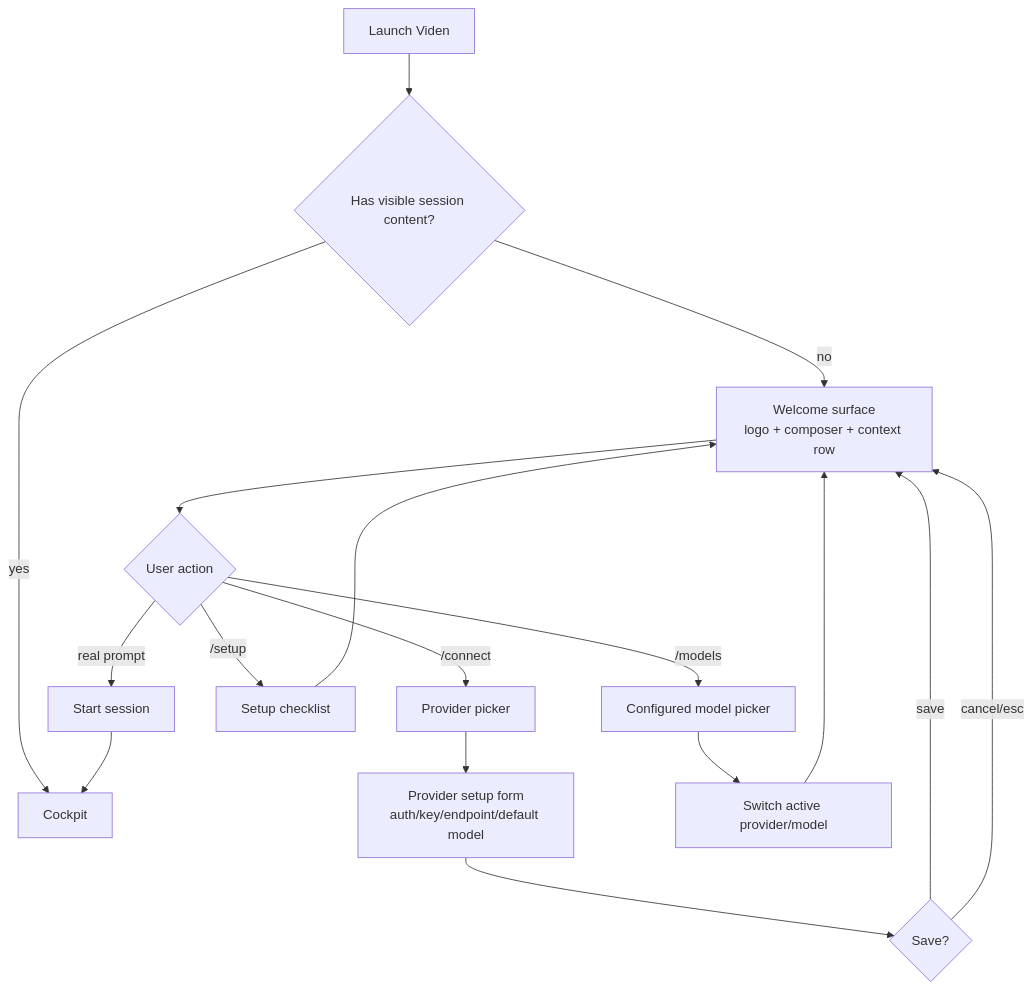
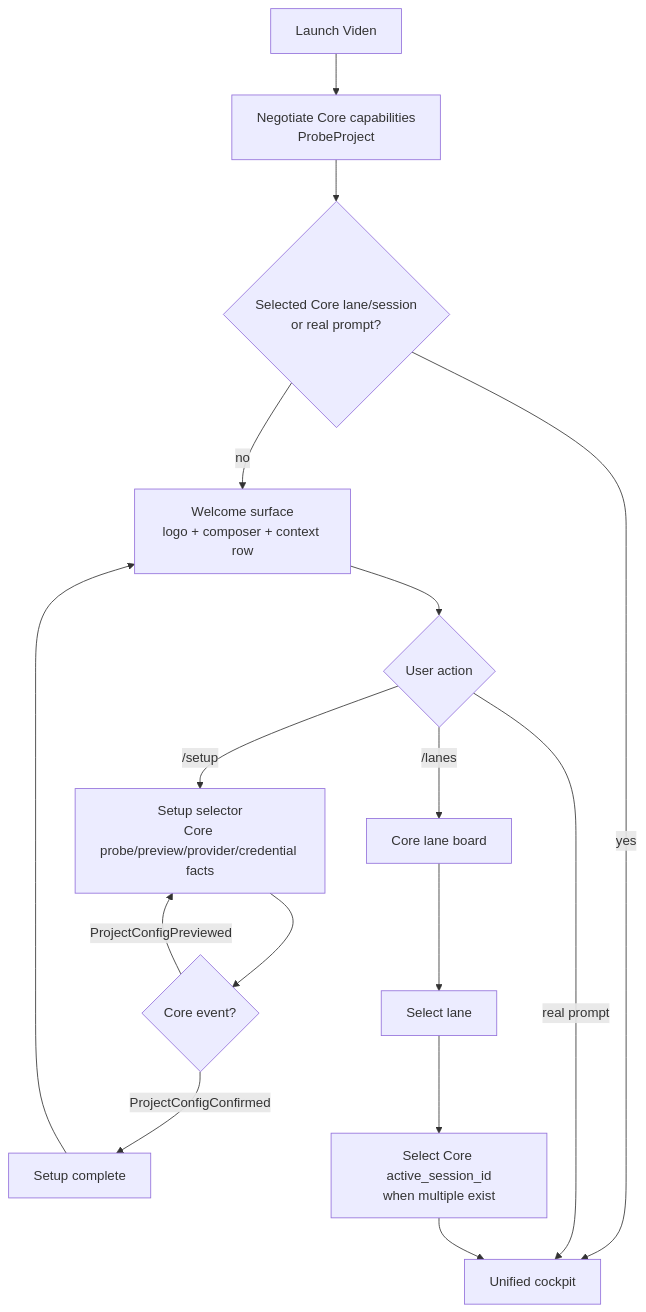
The fourth of 10 diagrams in docs/tui-interaction-flow-design.md (wikieden/robocode), drawn with Mermaid before and after one commit. The commit also changed other lines of this file and 21 other files, not shown here.

Commit message:
feat(tui): deliver the unified cockpit flow

````diff
--- a/docs/tui-interaction-flow-design.md
+++ b/docs/tui-interaction-flow-design.md
@@ -145,22 +147,20 @@
 ```mermaid
 flowchart TD
-    A["Launch Viden"] --> B{"Has visible session content?"}
-    B -->|no| C["Welcome surface<br/>logo + composer + context row"]
-    B -->|yes| D["Cockpit"]
+    A["Launch Viden"] --> B["Negotiate Core capabilities<br/>ProbeProject"]
+    B --> C{"Selected Core lane/session<br/>or real prompt?"}
+    C -->|no| D["Welcome surface<br/>logo + composer + context row"]
+    C -->|yes| E["Unified cockpit"]
 
-    C --> E{"User action"}
-    E -->|/connect| F["Provider picker"]
-    E -->|/models| G["Configured model picker"]
-    E -->|/setup| H["Setup checklist"]
-    E -->|real prompt| I["Start session"]
+    D --> F{"User action"}
+    F -->|/setup| G["Setup selector<br/>Core probe/preview/provider/credential facts"]
+    F -->|/lanes| H["Core lane board"]
+    F -->|real prompt| E
 
-    F --> J["Provider setup form<br/>auth/key/endpoint/default model"]
-    J --> K{"Save?"}
-    K -->|save| C
-    K -->|cancel/esc| C
-
-    G --> L["Switch active provider/model"]
-    L --> C
-    H --> C
-    I --> D
+    G --> I{"Core event?"}
+    I -->|ProjectConfigPreviewed| G
+    I -->|ProjectConfigConfirmed| J["Setup complete"]
+    J --> D
+    H --> K["Select lane"]
+    K --> L["Select Core active_session_id<br/>when multiple exist"]
+    L --> E
 ```
````
